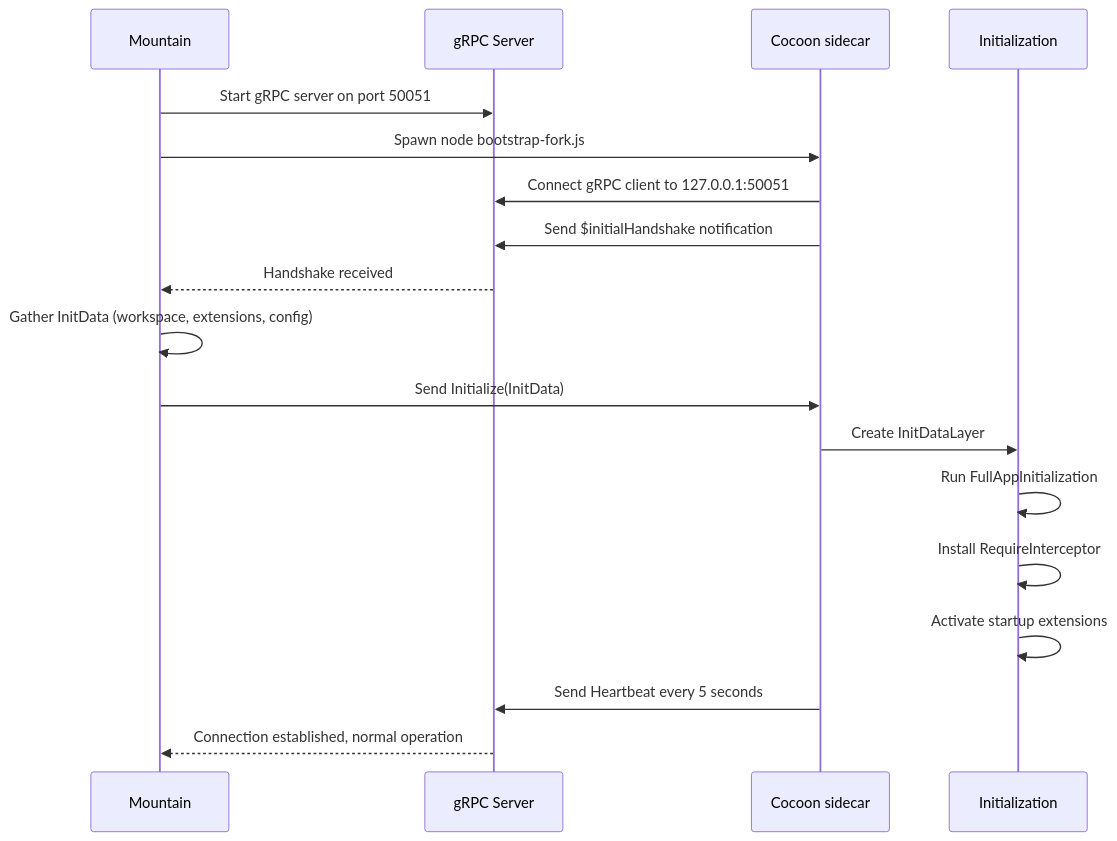
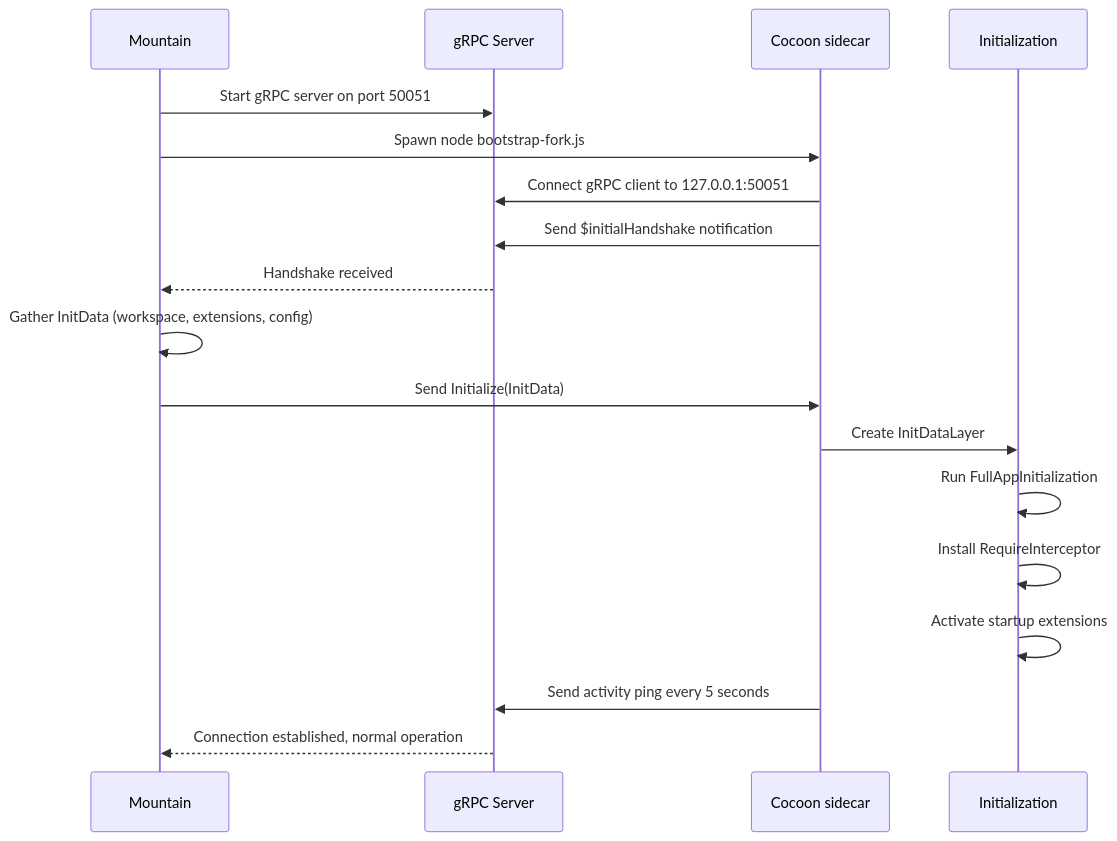
The third of 3 diagrams in Documentation/GitHub/InterComponentProtocol.md (CodeEditorLand/Land), drawn with Mermaid before and after one commit. The commit also changed other lines of this file and 3 other files, not shown here.

````diff
--- a/Documentation/GitHub/InterComponentProtocol.md
+++ b/Documentation/GitHub/InterComponentProtocol.md
@@ -558,21 +734,21 @@
 ```mermaid
 sequenceDiagram
     participant Mountain as Mountain
     participant Server as gRPC Server
     participant Cocoon as Cocoon sidecar
     participant Init as Initialization
 
     Mountain->>Server: Start gRPC server on port 50051
     Mountain->>Cocoon: Spawn node bootstrap-fork.js
     Cocoon->>Server: Connect gRPC client to 127.0.0.1:50051
     Cocoon->>Server: Send $initialHandshake notification
     Server-->>Mountain: Handshake received
     Mountain->>Mountain: Gather InitData (workspace, extensions, config)
     Mountain->>Cocoon: Send Initialize(InitData)
     Cocoon->>Init: Create InitDataLayer
     Init->>Init: Run FullAppInitialization
     Init->>Init: Install RequireInterceptor
     Init->>Init: Activate startup extensions
-    Cocoon->>Server: Send Heartbeat every 5 seconds
+    Cocoon->>Server: Send activity ping every 5 seconds
     Server-->>Mountain: Connection established, normal operation
 ```
````
